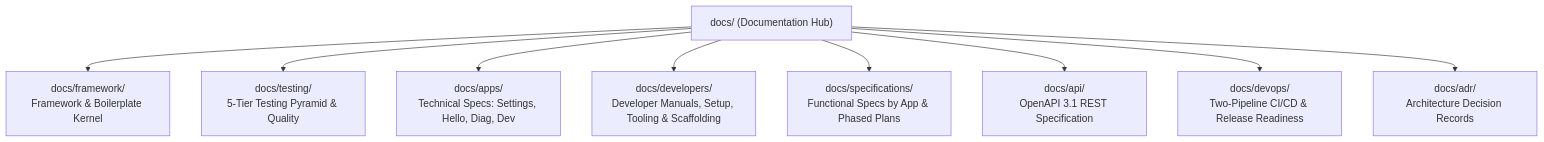
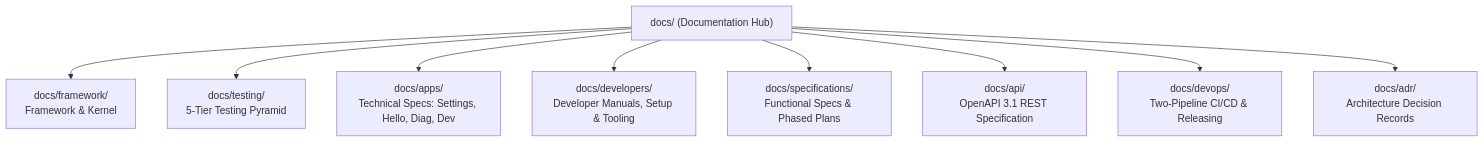
The third of 3 diagrams in docs/README.md (blackandcode/ai-ready-wp-plugin-boilerplate), drawn with Mermaid before and after one commit. The commit also changed other lines of this file and 15 other files, not shown here.

````diff
--- a/docs/README.md
+++ b/docs/README.md
@@ -7,11 +196,11 @@
 ```mermaid
 flowchart TD
-    DocsRoot["docs/ (Documentation Hub)"] --> Framework["docs/framework/\nFramework & Boilerplate Kernel"]
-    DocsRoot --> Testing["docs/testing/\n5-Tier Testing Pyramid & Quality"]
+    DocsRoot["docs/ (Documentation Hub)"] --> Framework["docs/framework/\nFramework & Kernel"]
+    DocsRoot --> Testing["docs/testing/\n5-Tier Testing Pyramid"]
     DocsRoot --> Apps["docs/apps/\nTechnical Specs: Settings, Hello, Diag, Dev"]
-    DocsRoot --> Developers["docs/developers/\nDeveloper Manuals, Setup, Tooling & Scaffolding"]
-    DocsRoot --> Specifications["docs/specifications/\nFunctional Specs by App & Phased Plans"]
+    DocsRoot --> Developers["docs/developers/\nDeveloper Manuals, Setup & Tooling"]
+    DocsRoot --> Specifications["docs/specifications/\nFunctional Specs & Phased Plans"]
     DocsRoot --> API["docs/api/\nOpenAPI 3.1 REST Specification"]
-    DocsRoot --> DevOps["docs/devops/\nTwo-Pipeline CI/CD & Release Readiness"]
+    DocsRoot --> DevOps["docs/devops/\nTwo-Pipeline CI/CD & Releasing"]
     DocsRoot --> ADR["docs/adr/\nArchitecture Decision Records"]
 ```
````
